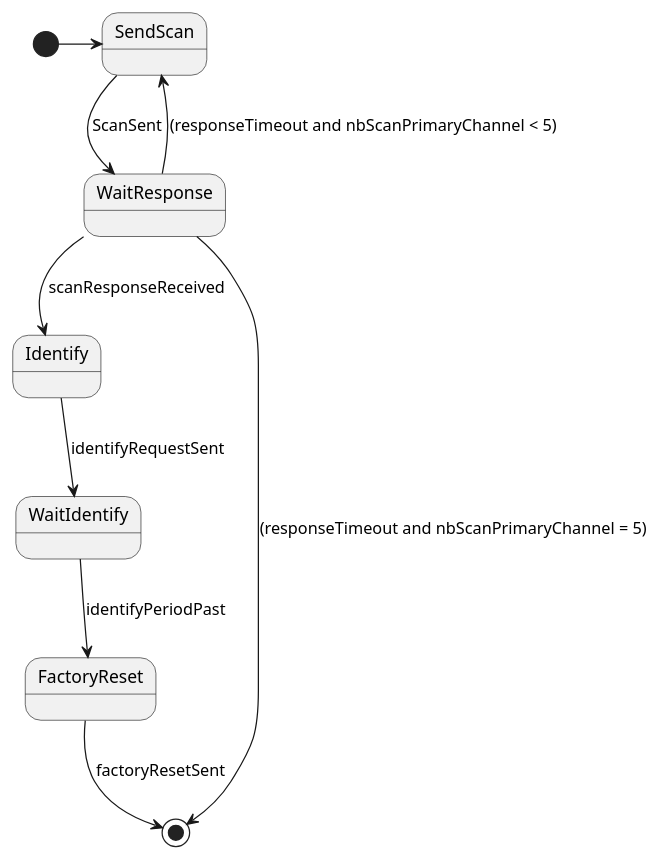
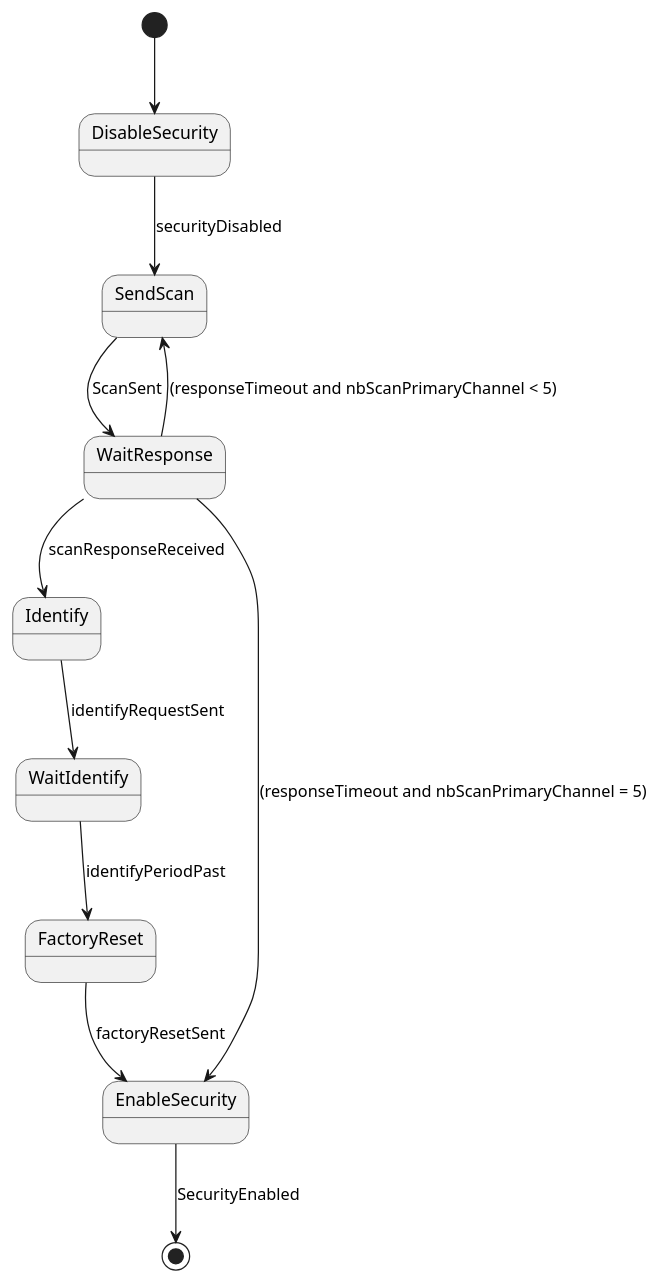
The diagram in doc/touchlink/state_machine.plantuml (Tropicao/zigbridge), drawn with PlantUML before and after one commit.

Commit message:
Update touchlink doc

```diff
--- a/doc/touchlink/state_machine.plantuml
+++ b/doc/touchlink/state_machine.plantuml
@@ -1,10 +1,12 @@
 @startuml
-[*] -> SendScan
+[*] --> DisableSecurity
+DisableSecurity --> SendScan : securityDisabled
 SendScan --> WaitResponse : ScanSent
 WaitResponse --> SendScan : (responseTimeout and nbScanPrimaryChannel < 5)
 WaitResponse --> Identify : scanResponseReceived
-WaitResponse --> [*] : (responseTimeout and nbScanPrimaryChannel = 5)
+WaitResponse --> EnableSecurity : (responseTimeout and nbScanPrimaryChannel = 5)
 Identify --> WaitIdentify : identifyRequestSent
 WaitIdentify --> FactoryReset : identifyPeriodPast
-FactoryReset --> [*] : factoryResetSent
+FactoryReset --> EnableSecurity : factoryResetSent
+EnableSecurity --> [*] : SecurityEnabled
 @enduml
```
